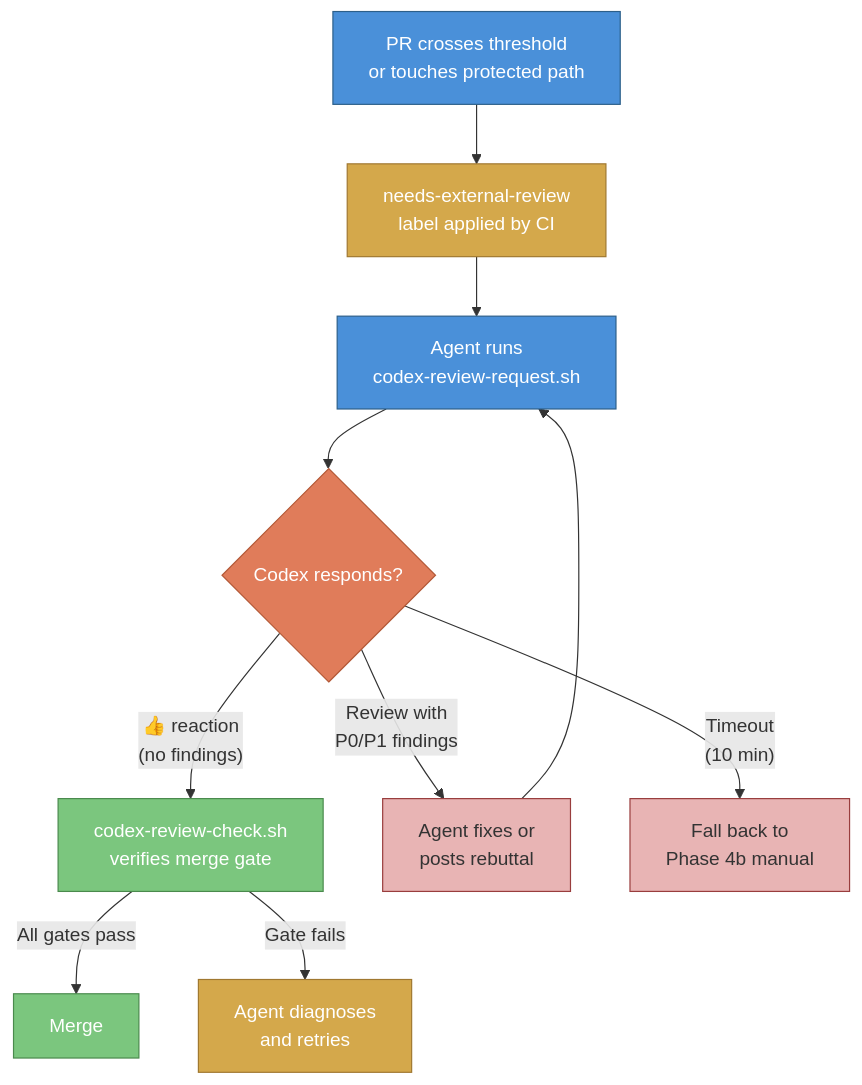
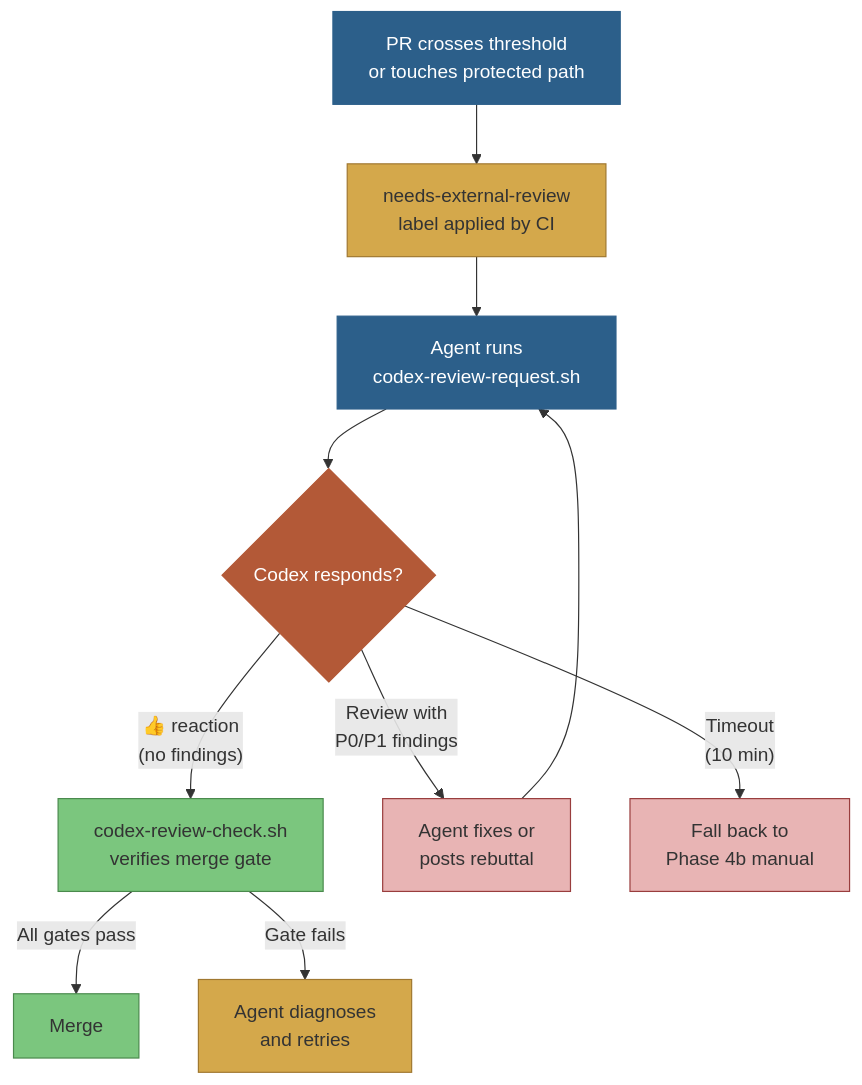
The diagram in src/content/blog/agent-approval-workflow-genesis-of-mergepath.md (nathanjohnpayne/nathanpaynedotcom), drawn with Mermaid before and after one commit. The commit also changed other lines of this file and 15 other files, not shown here.

Commit message:
fix(mermaid): enforce accessible label contrast (#748) (#750)

````diff
--- a/src/content/blog/agent-approval-workflow-genesis-of-mergepath.md
+++ b/src/content/blog/agent-approval-workflow-genesis-of-mergepath.md
@@ -134,22 +134,22 @@
 ```mermaid title="Automated external review decision flow" description="A threshold-triggered pull request enters Codex review; clean clearance reaches the merge gate, findings loop back through fixes or rebuttals, timeouts fall back to Phase 4b, and gate failures are diagnosed before retry."
 graph TD
     A["PR crosses threshold<br/>or touches protected path"] --> B["needs-external-review<br/>label applied by CI"]
     B --> C["Agent runs<br/>codex-review-request.sh"]
     C --> D{"Codex responds?"}
     D -->|"👍 reaction<br/>(no findings)"| E["codex-review-check.sh<br/>verifies merge gate"]
     D -->|"Review with<br/>P0/P1 findings"| F["Agent fixes or<br/>posts rebuttal"]
     D -->|"Timeout<br/>(10 min)"| G["Fall back to<br/>Phase 4b manual"]
     F --> C
     E -->|"All gates pass"| H["Merge"]
     E -->|"Gate fails"| I["Agent diagnoses<br/>and retries"]
 
-    style A fill:#4a90d9,stroke:#2c5f8a,color:#fff
-    style B fill:#d4a84b,stroke:#a07830,color:#fff
-    style C fill:#4a90d9,stroke:#2c5f8a,color:#fff
-    style D fill:#e07c5a,stroke:#b35937,color:#fff
-    style E fill:#7bc67e,stroke:#4a8a4d,color:#fff
+    style A fill:#2c5f8a,stroke:#2c5f8a,color:#fff
+    style B fill:#d4a84b,stroke:#a07830,color:#333
+    style C fill:#2c5f8a,stroke:#2c5f8a,color:#fff
+    style D fill:#b35937,stroke:#b35937,color:#fff
+    style E fill:#7bc67e,stroke:#4a8a4d,color:#333
     style F fill:#e8b4b4,stroke:#993d3d,color:#333
     style G fill:#e8b4b4,stroke:#993d3d,color:#333
-    style H fill:#7bc67e,stroke:#4a8a4d,color:#fff
-    style I fill:#d4a84b,stroke:#a07830,color:#fff
+    style H fill:#7bc67e,stroke:#4a8a4d,color:#333
+    style I fill:#d4a84b,stroke:#a07830,color:#333
 ```
````
